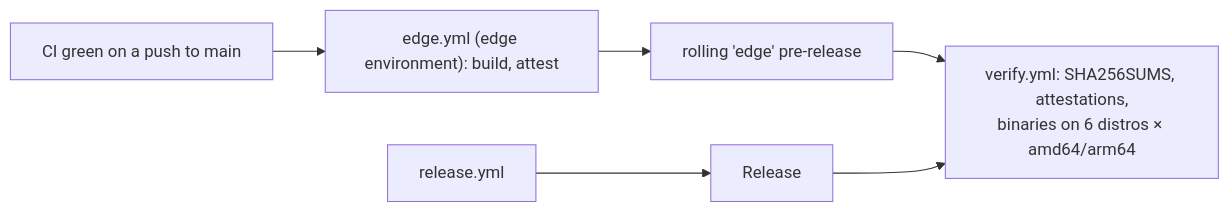
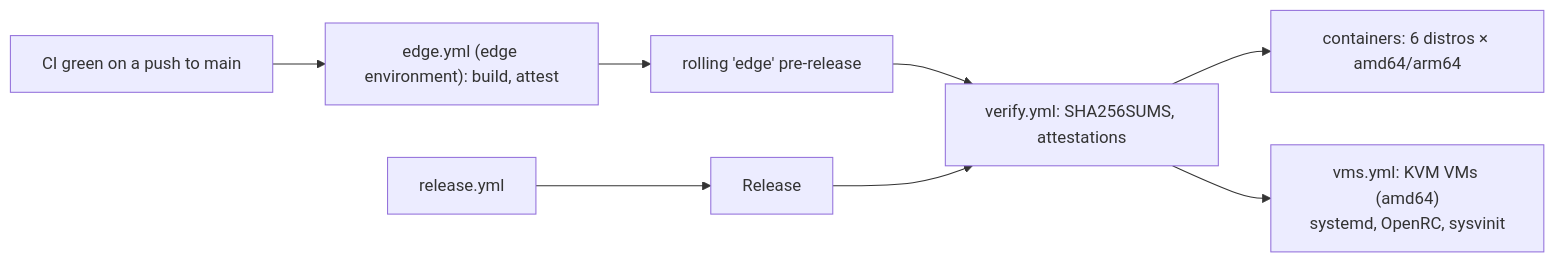
The fifth of 5 diagrams in CONTRIBUTING.md (jiegui2025/hwspec), drawn with Mermaid before and after one commit. The commit also changed other lines of this file and 1 other file, not shown here.

First line of the commit message:
ci(release): verify published binaries in the VMs too

````diff
--- a/CONTRIBUTING.md
+++ b/CONTRIBUTING.md
@@ -163,7 +163,9 @@
 ```mermaid
 flowchart LR
   ci["CI green on a push to main"] --> edge["edge.yml (edge environment): build, attest"] --> pre["rolling 'edge' pre-release"]
   tag[release.yml] --> rel[Release]
   pre --> verify
-  rel --> verify["verify.yml: SHA256SUMS, attestations,<br/>binaries on 6 distros × amd64/arm64"]
+  rel --> verify["verify.yml: SHA256SUMS, attestations"]
+  verify --> ctr["containers: 6 distros × amd64/arm64"]
+  verify --> vms["vms.yml: KVM VMs (amd64)<br/>systemd, OpenRC, sysvinit"]
 ```
````
